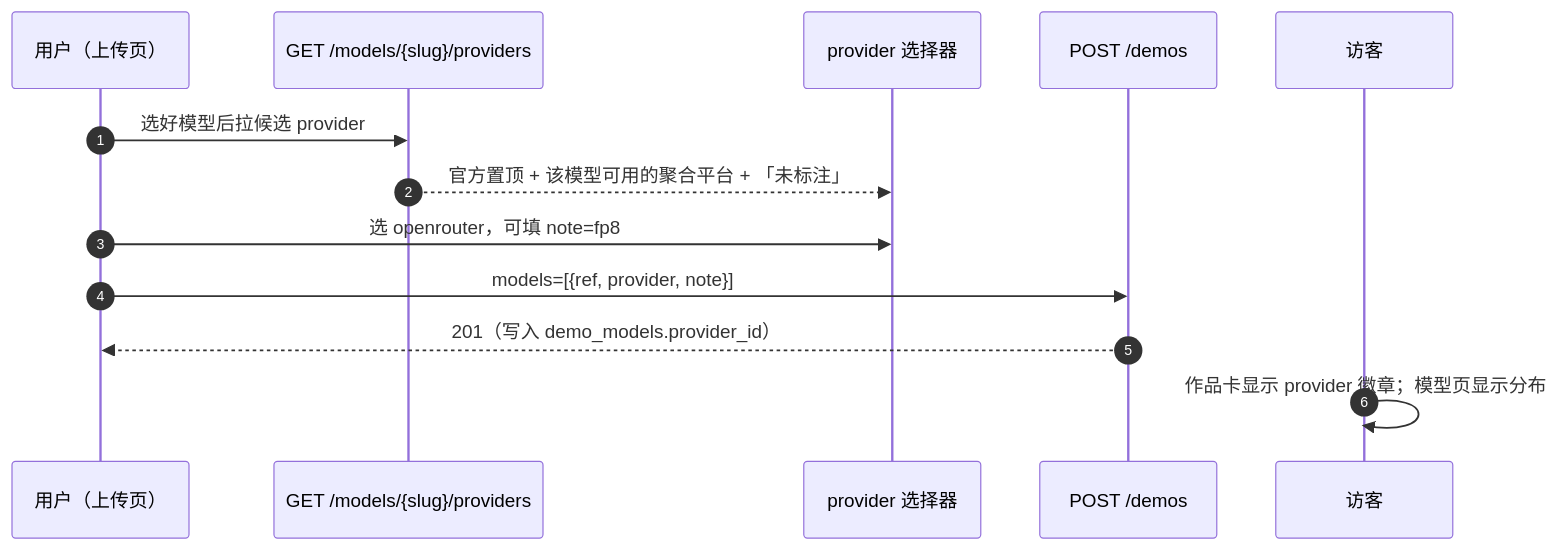
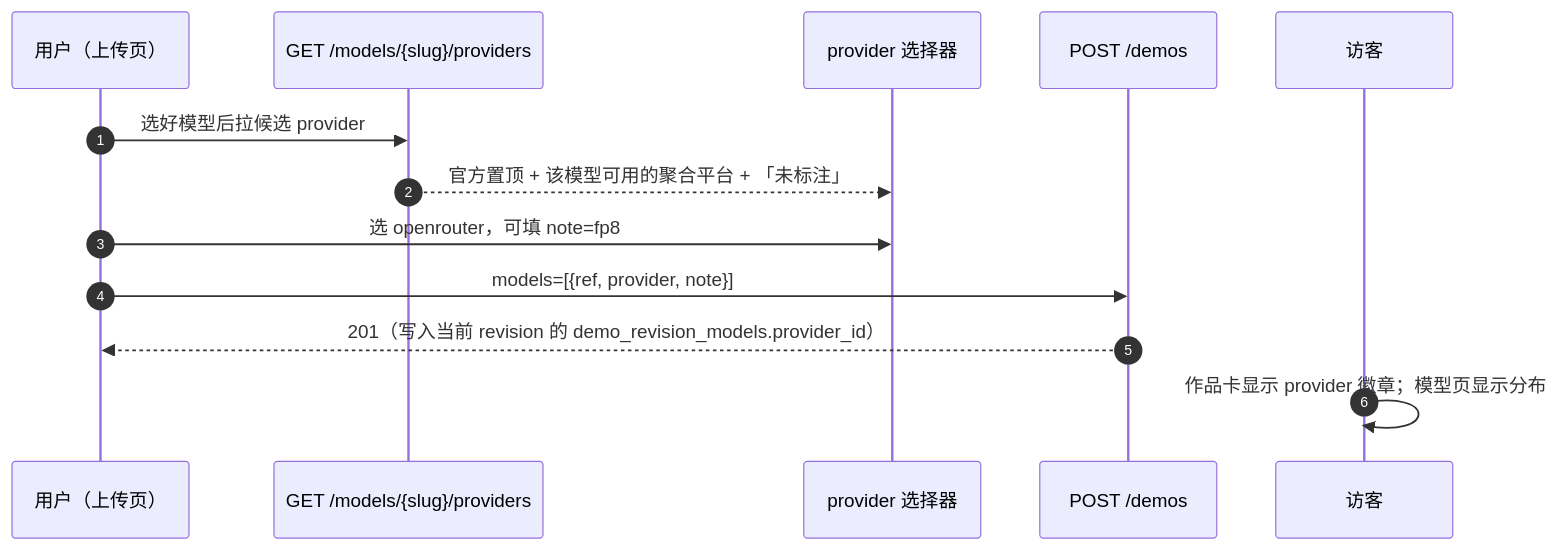
Before and after one commit to deepdemos/ds-demos-showcase: the fifth of 14 diagrams in docs/模型域设计.md, drawn with Mermaid. The commit also changed other lines of this file and 36 other files, not shown here.

````diff
--- a/docs/模型域设计.md
+++ b/docs/模型域设计.md
@@ -1158,16 +1300,16 @@
 ```mermaid
 sequenceDiagram
     autonumber
     participant U as 用户（上传页）
     participant API as GET /models/{slug}/providers
     participant SEL as provider 选择器
     participant POST as POST /demos
     participant V as 访客
 
     U->>API: 选好模型后拉候选 provider
     API-->>SEL: 官方置顶 + 该模型可用的聚合平台 + 「未标注」
     U->>SEL: 选 openrouter，可填 note=fp8
     U->>POST: models=[{ref, provider, note}]
-    POST-->>U: 201（写入 demo_models.provider_id）
+    POST-->>U: 201（写入当前 revision 的 demo_revision_models.provider_id）
     V->>V: 作品卡显示 provider 徽章；模型页显示分布
 ```
````
